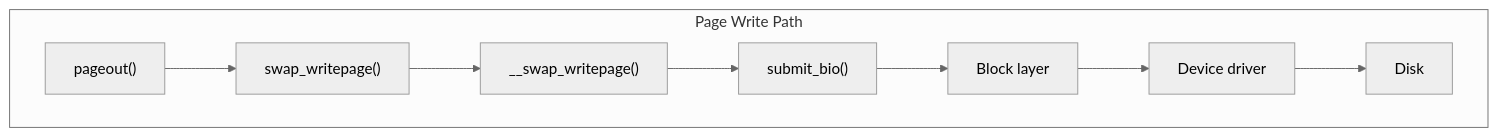
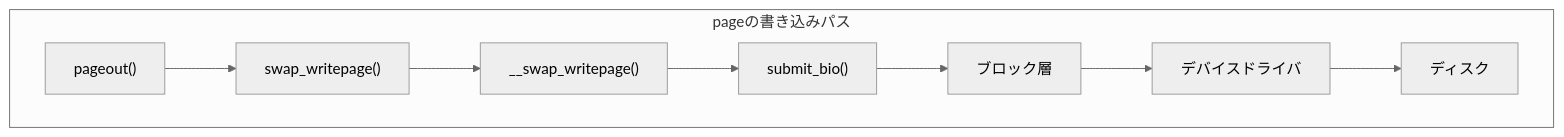
The seventh of 16 diagrams in docs/mm/swapping.md (doguto/linux-kernel-internals-jp), drawn with Mermaid (neutral theme) before and after one commit. The commit also changed other lines of this file and 27 other files, not shown here.

````diff
--- a/docs/mm/swapping.md
+++ b/docs/mm/swapping.md
@@ -263,19 +263,19 @@
 ```mermaid
 flowchart TB
-    subgraph PageWritePath["Page Write Path"]
+    subgraph PageWritePath["pageの書き込みパス"]
         pageout["pageout()"]
         swap_writepage["swap_writepage()"]
         __swap_writepage["__swap_writepage()"]
         submit_bio["submit_bio()"]
-        block["Block layer"]
-        driver["Device driver"]
-        disk["Disk"]
+        block["ブロック層"]
+        driver["デバイスドライバ"]
+        disk["ディスク"]
 
         pageout --> swap_writepage
         swap_writepage --> __swap_writepage
         __swap_writepage --> submit_bio
         submit_bio --> block
         block --> driver
         driver --> disk
     end
 ```
````
